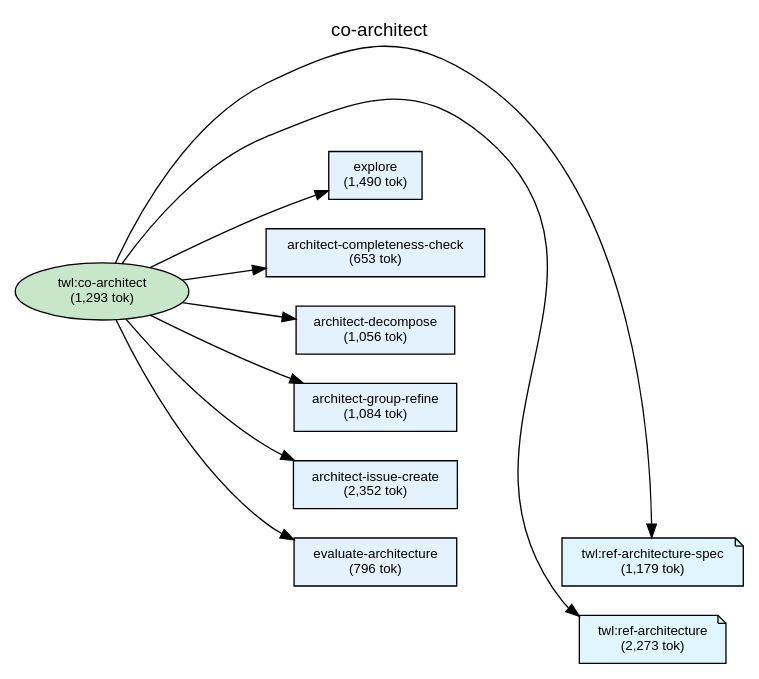
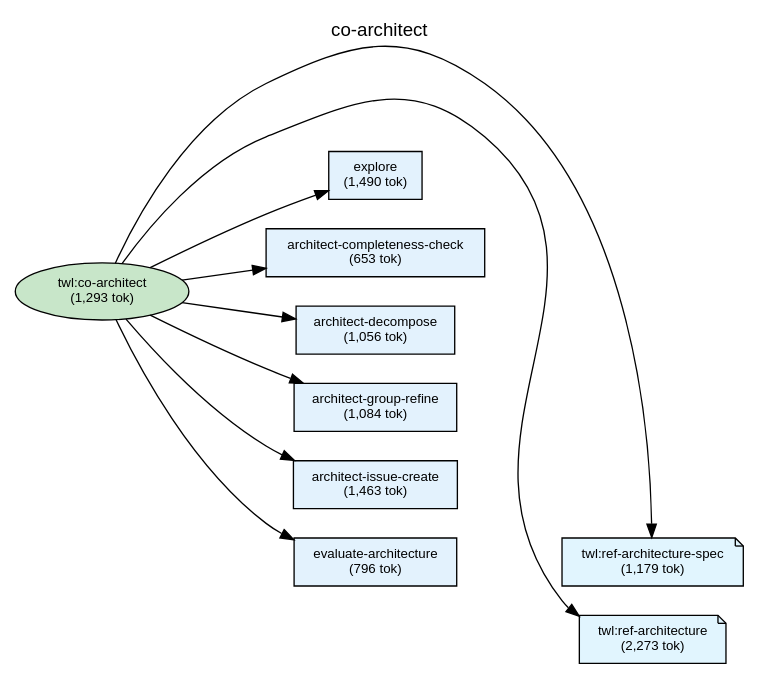
The diagram in plugins/twl/docs/deps-co-architect.dot (shuu5/twill), drawn with Graphviz before and after one commit. The commit also changed 21 other files, not shown here.

```diff
--- a/plugins/twl/docs/deps-co-architect.dot
+++ b/plugins/twl/docs/deps-co-architect.dot
@@ -1,64 +1,64 @@
 digraph Dependencies {
     // Graph settings
     rankdir=LR;
     ranksep=0.8;
     nodesep=0.3;
     fontname="Helvetica";
     node [fontname="Helvetica", fontsize=10];
     edge [fontname="Helvetica", fontsize=9];
     label="co-architect";
     labelloc=t;
     fontsize=14;
 
     // L0: Controller Skills
     skill_co_architect [label="twl:co-architect\n(1,293 tok)", shape=ellipse, style=filled, fillcolor="#c8e6c9"];
 
     // L0: Launchers
 
     // L0.5: Workflow Skills
 
     // Reference Skills
     skill_ref_architecture [label="twl:ref-architecture\n(2,273 tok)", shape=note, style=filled, fillcolor="#e1f5fe"];
     skill_ref_architecture_spec [label="twl:ref-architecture-spec\n(1,179 tok)", shape=note, style=filled, fillcolor="#e1f5fe"];
 
     // L1: Direct Commands
     cmd_architect_completeness_check [label="architect-completeness-check\n(653 tok)", shape=box, style=filled, fillcolor="#e3f2fd"];
     cmd_architect_decompose [label="architect-decompose\n(1,056 tok)", shape=box, style=filled, fillcolor="#e3f2fd"];
     cmd_architect_group_refine [label="architect-group-refine\n(1,084 tok)", shape=box, style=filled, fillcolor="#e3f2fd"];
-    cmd_architect_issue_create [label="architect-issue-create\n(2,352 tok)", shape=box, style=filled, fillcolor="#e3f2fd"];
+    cmd_architect_issue_create [label="architect-issue-create\n(1,463 tok)", shape=box, style=filled, fillcolor="#e3f2fd"];
     cmd_evaluate_architecture [label="evaluate-architecture\n(796 tok)", shape=box, style=filled, fillcolor="#e3f2fd"];
     cmd_explore [label="explore\n(1,490 tok)", shape=box, style=filled, fillcolor="#e3f2fd"];
 
     // L2: Sub Commands
 
     // L3: Agents
 
     // L3.5: Scripts
 
     // L4: External
 
     // Layer constraints
     { rank=same; skill_co_architect; }
     { rank=same; skill_ref_architecture; skill_ref_architecture_spec; }
     { rank=same; cmd_architect_completeness_check; cmd_architect_decompose; cmd_architect_group_refine; cmd_architect_issue_create; cmd_evaluate_architecture; cmd_explore; }
 
     // Edges
     skill_co_architect -> cmd_explore;
     skill_co_architect -> cmd_architect_completeness_check;
     skill_co_architect -> cmd_architect_decompose;
     skill_co_architect -> cmd_architect_group_refine;
     skill_co_architect -> cmd_architect_issue_create;
     skill_co_architect -> cmd_evaluate_architecture;
     skill_co_architect -> skill_ref_architecture_spec;
     skill_co_architect -> skill_ref_architecture;
 
     // Ordering constraints (invisible edges)
     cmd_explore -> cmd_architect_completeness_check [style=invis, weight=10];
     cmd_architect_completeness_check -> cmd_architect_decompose [style=invis, weight=10];
     cmd_architect_decompose -> cmd_architect_group_refine [style=invis, weight=10];
     cmd_architect_group_refine -> cmd_architect_issue_create [style=invis, weight=10];
     cmd_architect_issue_create -> cmd_evaluate_architecture [style=invis, weight=10];
     cmd_evaluate_architecture -> skill_ref_architecture_spec [style=invis, weight=10];
     skill_ref_architecture_spec -> skill_ref_architecture [style=invis, weight=10];
 
 }
```
